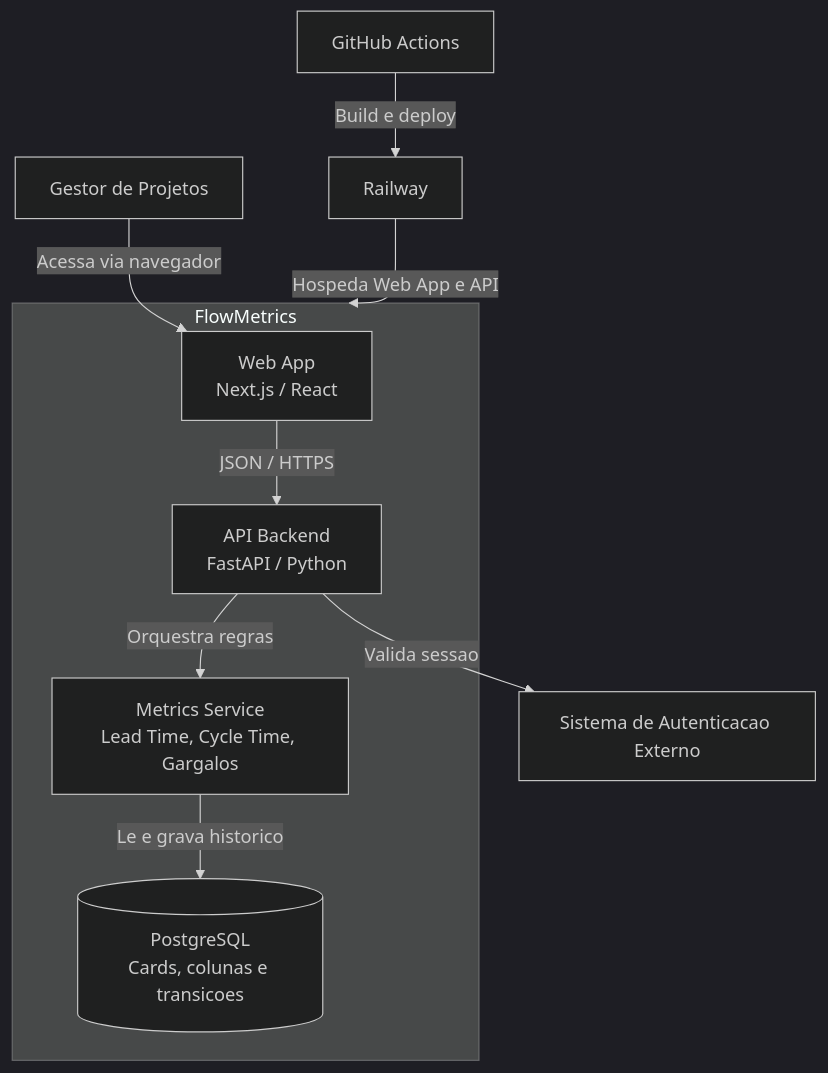
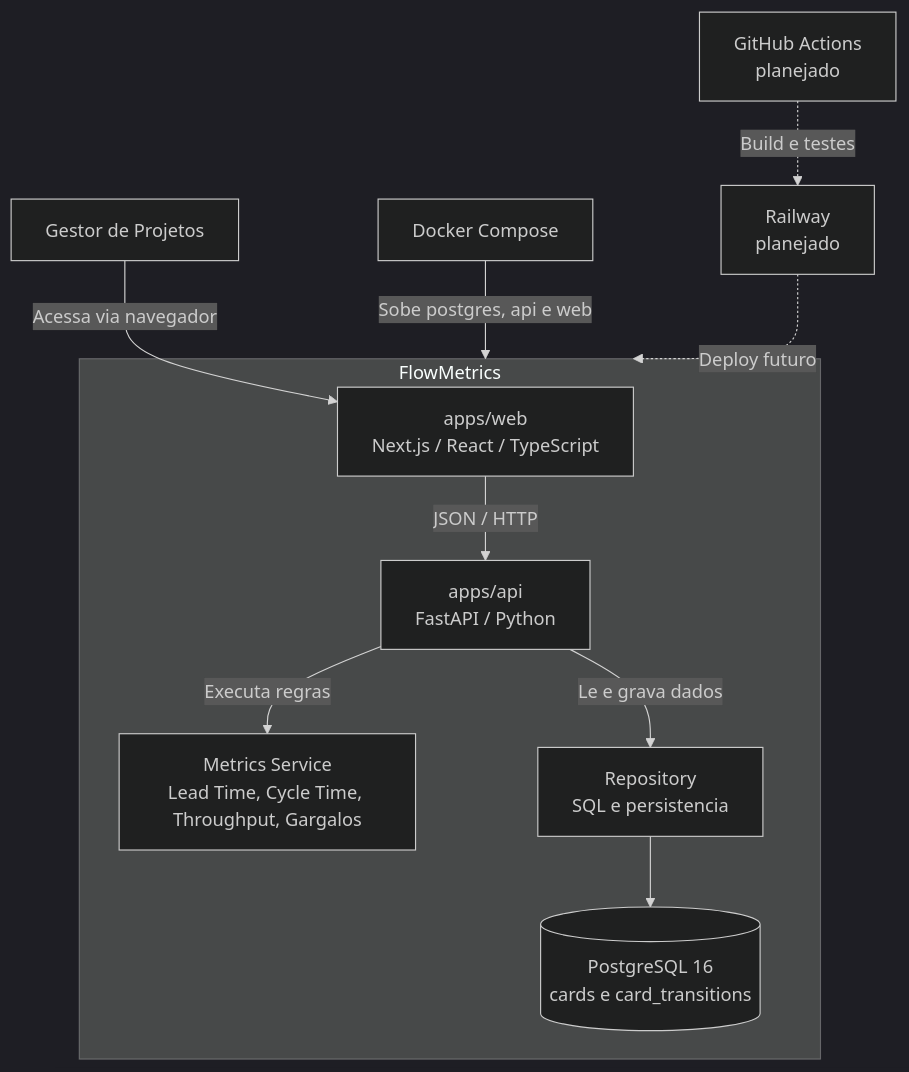
The second of 4 diagrams in docs/arquitetura.md (joaohprates/flow-metrics), drawn with Mermaid (dark theme) before and after one commit. The commit also changed other lines of this file and 34 other files, not shown here.

Commit message:
feat: migrar flowmetrics para stack real

````diff
--- a/docs/arquitetura.md
+++ b/docs/arquitetura.md
@@ -17,23 +17,25 @@
 ```mermaid
 flowchart TB
     gestor["Gestor de Projetos"]
 
     subgraph flowmetrics["FlowMetrics"]
-        web["Web App\nNext.js / React"]
-        api["API Backend\nFastAPI / Python"]
-        service["Metrics Service\nLead Time, Cycle Time, Gargalos"]
-        db[("PostgreSQL\nCards, colunas e transicoes")]
+        web["apps/web\nNext.js / React / TypeScript"]
+        api["apps/api\nFastAPI / Python"]
+        service["Metrics Service\nLead Time, Cycle Time, Throughput, Gargalos"]
+        repo["Repository\nSQL e persistencia"]
+        db[("PostgreSQL 16\ncards e card_transitions")]
     end
 
-    auth["Sistema de Autenticacao Externo"]
-    cicd["GitHub Actions"]
-    railway["Railway"]
+    compose["Docker Compose"]
+    ci["GitHub Actions\nplanejado"]
+    railway["Railway\nplanejado"]
 
     gestor -->|"Acessa via navegador"| web
-    web -->|"JSON / HTTPS"| api
-    api -->|"Valida sessao"| auth
-    api -->|"Orquestra regras"| service
-    service -->|"Le e grava historico"| db
-    cicd -->|"Build e deploy"| railway
-    railway -->|"Hospeda Web App e API"| flowmetrics
+    web -->|"JSON / HTTP"| api
+    api -->|"Executa regras"| service
+    api -->|"Le e grava dados"| repo
+    repo --> db
+    compose -->|"Sobe postgres, api e web"| flowmetrics
+    ci -.->|"Build e testes"| railway
+    railway -.->|"Deploy futuro"| flowmetrics
 ```
````
